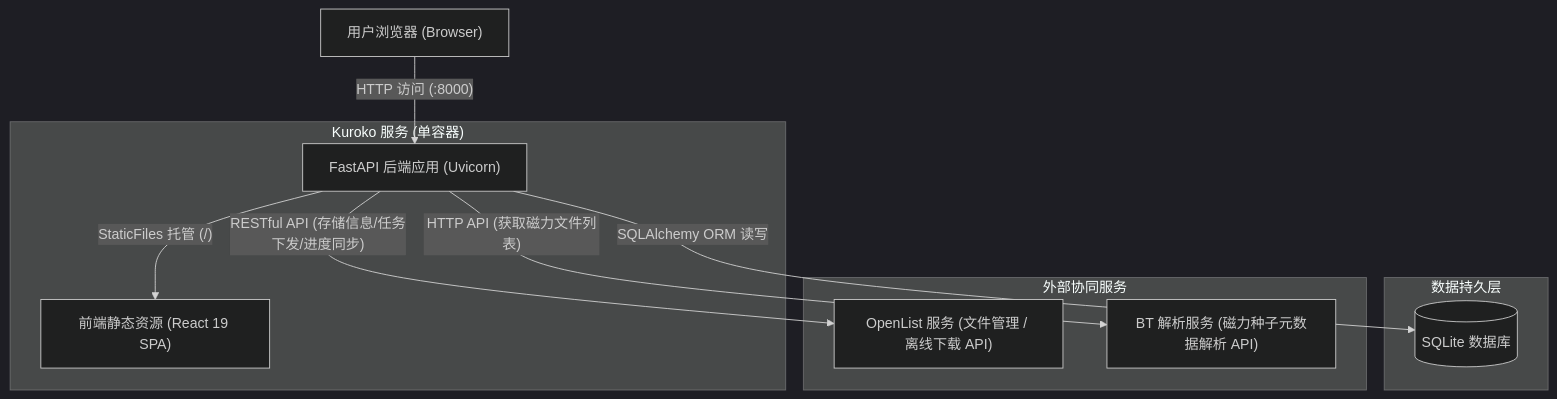
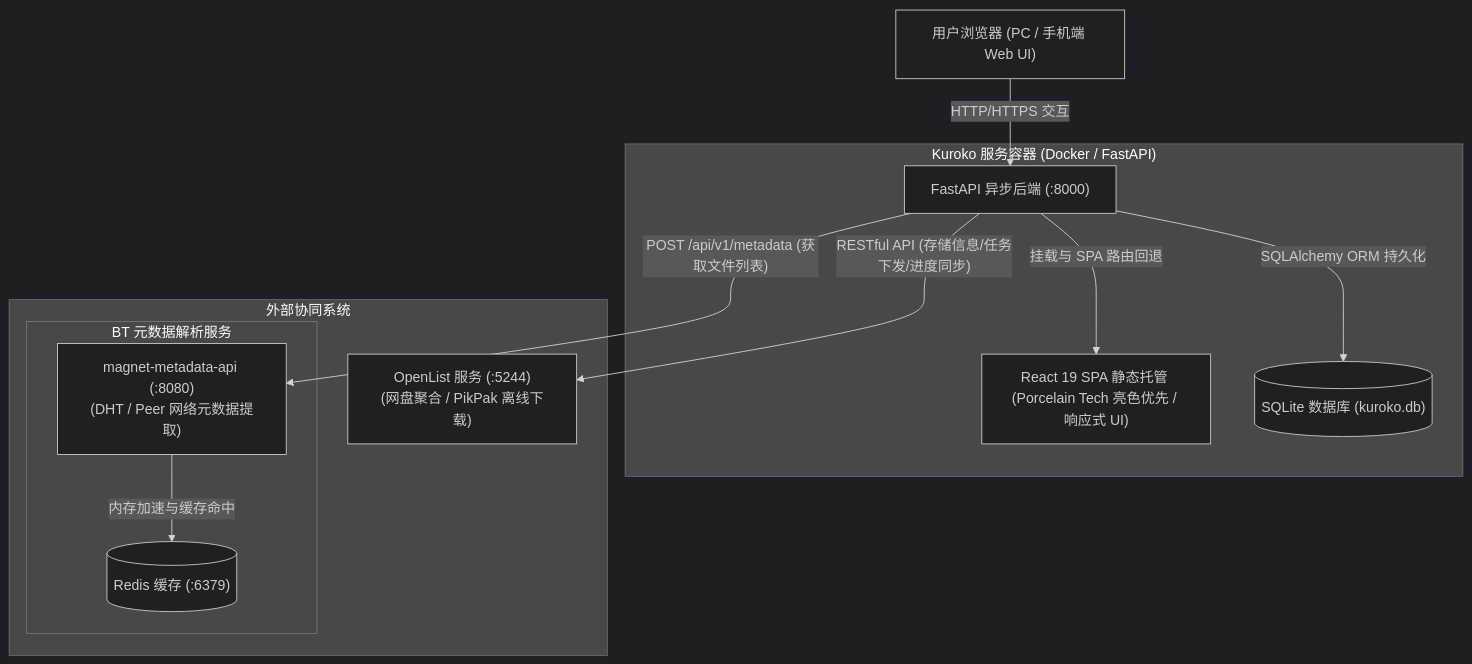
One commit to TheWuSi/Kuroko changed the first of 3 diagrams in docs/dev/architecture.md. Above: the diagram before and after it, drawn with Mermaid (dark theme). The commit also changed other lines of this file and 60 other files, not shown here.

````diff
--- a/docs/dev/architecture.md
+++ b/docs/dev/architecture.md
@@ -16,25 +23,25 @@
 ```mermaid
 graph TD
-    User["用户浏览器 (Browser)"]
+    User["用户浏览器 (PC / 手机端 Web UI)"]
 
-    subgraph "Kuroko 服务 (单容器)"
-        FastAPI["FastAPI 后端应用 (Uvicorn)"]
-        Static["前端静态资源 (React 19 SPA)"]
+    subgraph "Kuroko 服务容器 (Docker / FastAPI)"
+        FastAPI["FastAPI 异步后端 (:8000)"]
+        SPA["React 19 SPA 静态托管 (Porcelain Tech 亮色优先 / 响应式 UI)"]
+        SQLite[("SQLite 数据库 (kuroko.db)")]
     end
 
-    subgraph "数据持久层"
-        SQLite[("SQLite 数据库")]
+    subgraph "外部协同系统"
+        OpenList["OpenList 服务 (:5244)<br/>(网盘聚合 / PikPak 离线下载)"]
+        subgraph "BT 元数据解析服务"
+            BTAPI["magnet-metadata-api (:8080)<br/>(DHT / Peer 网络元数据提取)"]
+            Redis[("Redis 缓存 (:6379)")]
+        end
     end
 
-    subgraph "外部协同服务"
-        OpenList["OpenList 服务 (文件管理 / 离线下载 API)"]
-        BTParser["BT 解析服务 (磁力种子元数据解析 API)"]
-    end
-
-    User -->|"HTTP 访问 (:8000)"| FastAPI
-    FastAPI -->|"StaticFiles 托管 (/)"| Static
-
-    FastAPI -->|"SQLAlchemy ORM 读写"| SQLite
+    User -->|"HTTP/HTTPS 交互"| FastAPI
+    FastAPI -->|"挂载与 SPA 路由回退"| SPA
+    FastAPI -->|"SQLAlchemy ORM 持久化"| SQLite
     FastAPI -->|"RESTful API (存储信息/任务下发/进度同步)"| OpenList
-    FastAPI -->|"HTTP API (获取磁力文件列表)"| BTParser
+    FastAPI -->|"POST /api/v1/metadata (获取文件列表)"| BTAPI
+    BTAPI -->|"内存加速与缓存命中"| Redis
 ```
````
